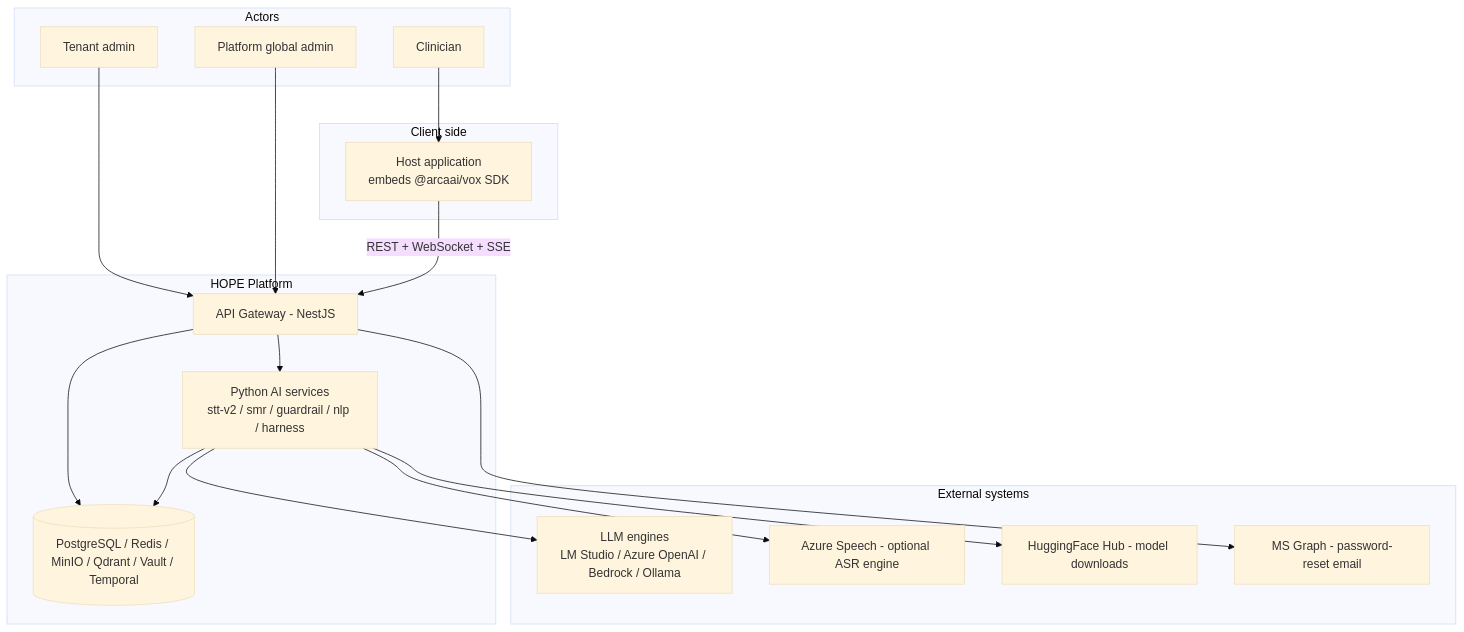
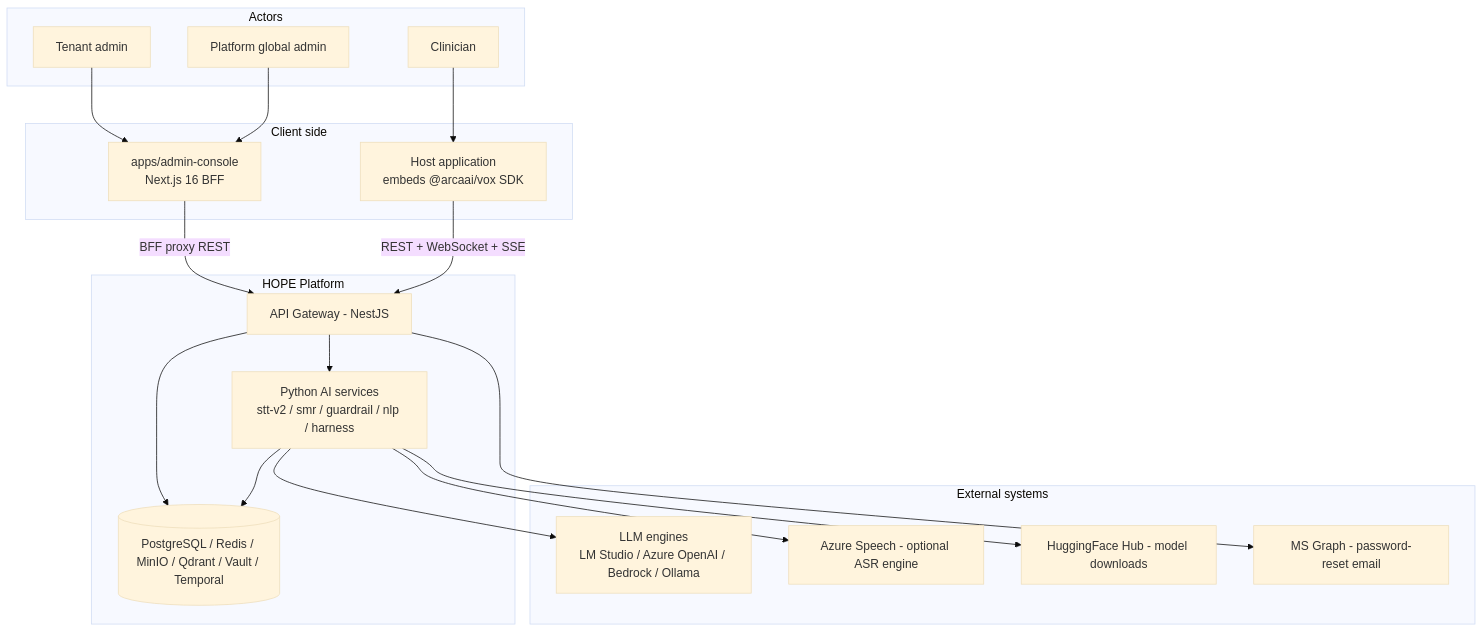
The first of 4 diagrams in docs/architecture/overview.md (ArcaAI/vox-platform-study), drawn with Mermaid (base theme) before and after one commit. The commit also changed other lines of this file and 118 other files, not shown here.

````diff
--- a/docs/architecture/overview.md
+++ b/docs/architecture/overview.md
@@ -33,37 +37,39 @@
 ```mermaid
 graph TB
     subgraph actors[Actors]
         DOC[Clinician]
         TADM[Tenant admin]
         SADM[Platform global admin]
     end
 
     subgraph client[Client side]
         HOST["Host application<br/>embeds @arcaai/vox SDK"]
+        ADMIN["apps/admin-console<br/>Next.js 16 BFF"]
     end
 
     subgraph hope[HOPE Platform]
         API["API Gateway - NestJS"]
         PY["Python AI services<br/>stt-v2 / smr / guardrail / nlp / harness"]
         DATA[("PostgreSQL / Redis / MinIO / Qdrant / Vault / Temporal")]
     end
 
     subgraph external[External systems]
         LLM["LLM engines<br/>LM Studio / Azure OpenAI / Bedrock / Ollama"]
         AZSPEECH["Azure Speech - optional ASR engine"]
         HF["HuggingFace Hub - model downloads"]
         MSG["MS Graph - password-reset email"]
     end
 
     DOC --> HOST
-    TADM --> API
-    SADM --> API
+    TADM --> ADMIN
+    SADM --> ADMIN
+    ADMIN -->|BFF proxy REST| API
     HOST -->|REST + WebSocket + SSE| API
     API --> PY
     API --> DATA
     PY --> DATA
     PY --> LLM
     PY --> AZSPEECH
     PY --> HF
     API --> MSG
 ```
````
